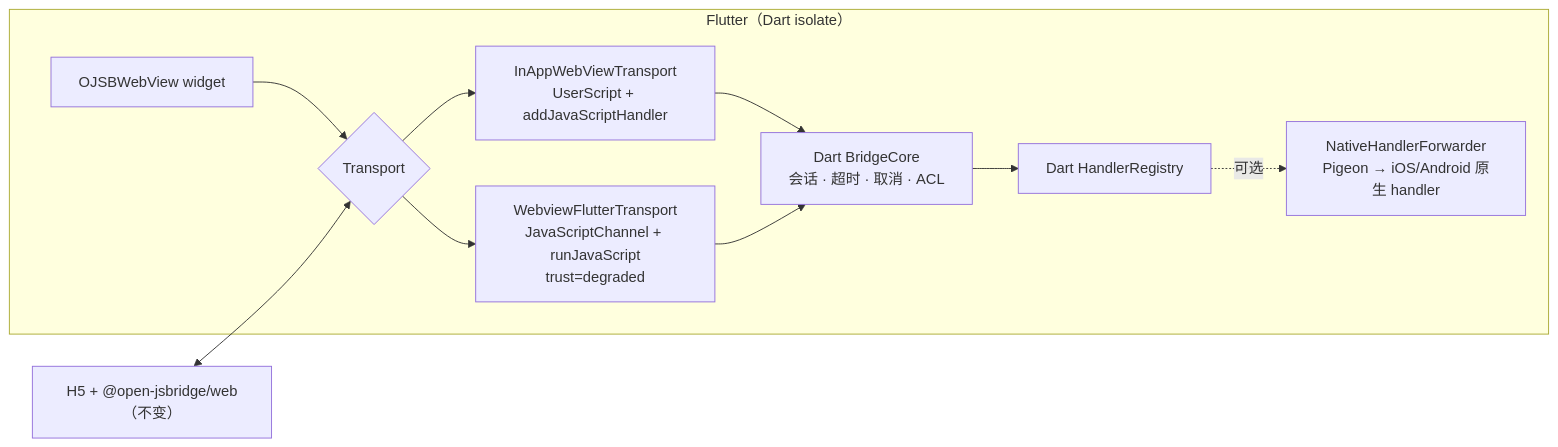
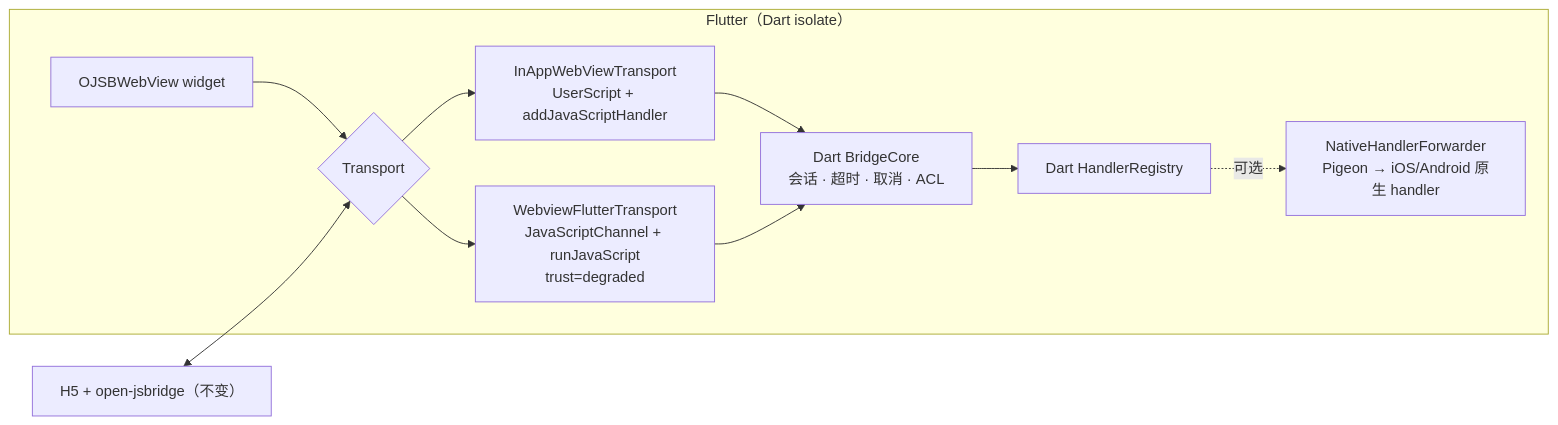
Before and after one commit to Josp3r/open-jsbridge: the diagram in docs/flutter.md, drawn with Mermaid. The commit also changed other lines of this file and 13 other files, not shown here.

Commit message:
feat(web-sdk): package open-jsbridge for npm installation

````diff
--- a/docs/flutter.md
+++ b/docs/flutter.md
@@ -18,12 +18,12 @@
 ```mermaid
 flowchart LR
   subgraph Flutter["Flutter（Dart isolate）"]
     W[OJSBWebView widget] --> T{Transport}
     T --> T1[InAppWebViewTransport<br/>UserScript + addJavaScriptHandler]
     T --> T2[WebviewFlutterTransport<br/>JavaScriptChannel + runJavaScript<br/>trust=degraded]
     T1 & T2 --> CORE[Dart BridgeCore<br/>会话 · 超时 · 取消 · ACL]
     CORE --> REG[Dart HandlerRegistry]
     REG -. 可选 .-> FWD[NativeHandlerForwarder<br/>Pigeon → iOS/Android 原生 handler]
   end
-  H5["H5 + @open-jsbridge/web（不变）"] <--> T
+  H5["H5 + open-jsbridge（不变）"] <--> T
 ```
````
